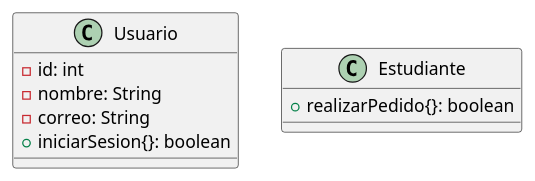
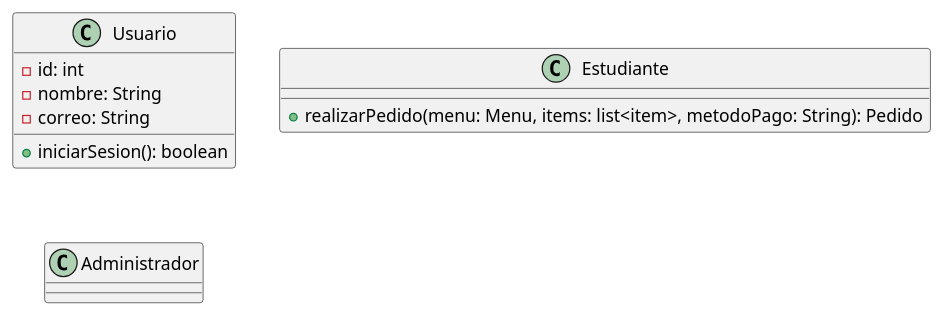
The diagram in casos.plantuml (Camilo-Hub199/Coffee-shop), drawn with PlantUML before and after one commit.

Commit message:
Utilizando casos de uso

```diff
--- a/casos.plantuml
+++ b/casos.plantuml
@@ -1,14 +1,16 @@
 @startuml casosusocoffeshop
 
 class Usuario {
     - id: int
     - nombre: String
     - correo: String
-    + iniciarSesion{}: boolean
+    + iniciarSesion(): boolean
 }
 
 class Estudiante {
-    + realizarPedido{}: boolean
+    + realizarPedido(menu: Menu, items: list<item>, metodoPago: String): Pedido
      
 }
+
+class Administrador {}
 @enduml
```
